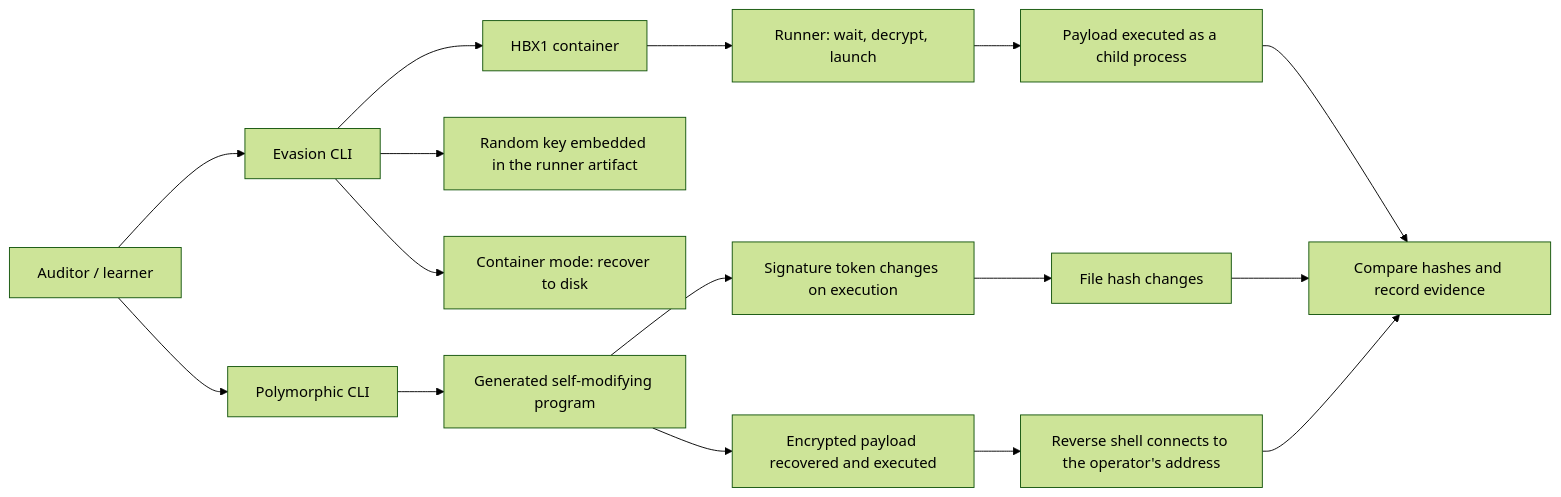
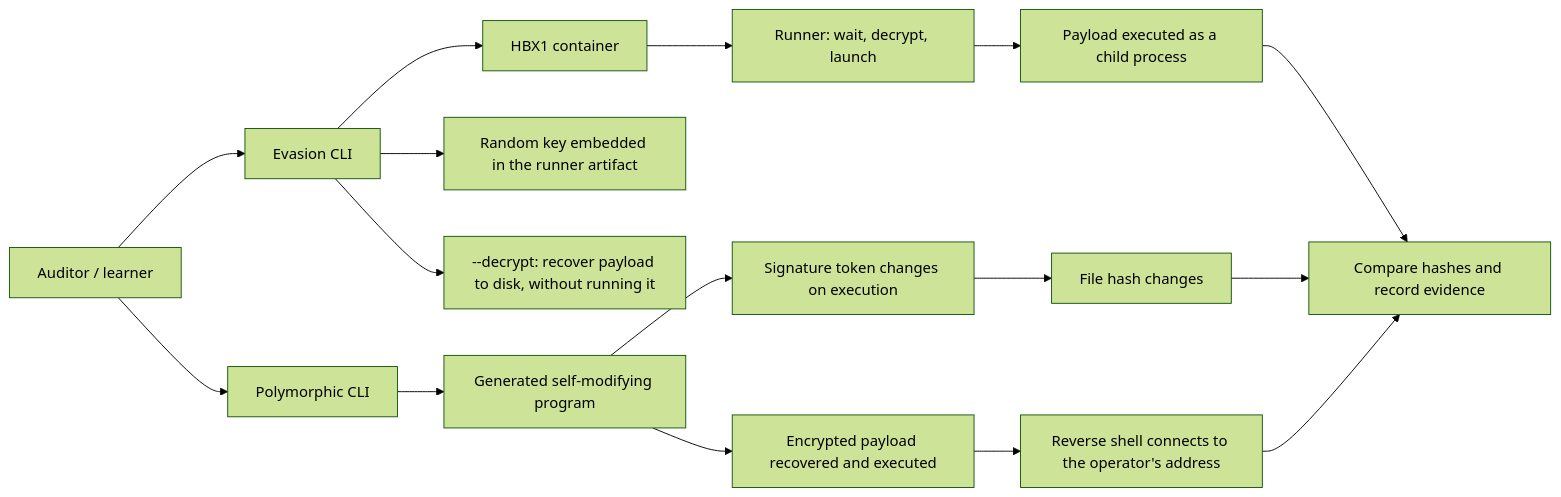
The eighth of 8 diagrams in README.md (fahdaguenouz/hidden-bytes), drawn with Mermaid (forest theme) before and after one commit. The commit also changed other lines of this file, not shown here.

````diff
--- a/README.md
+++ b/README.md
@@ -1271,18 +1319,18 @@
 ```mermaid
 flowchart LR
     U[Auditor / learner] --> E[Evasion CLI]
     U --> P[Polymorphic CLI]
     E --> H[HBX1 container]
     E --> K[Random key embedded in the runner artifact]
     H --> R[Runner: wait, decrypt, launch]
     R --> O[Payload executed as a child process]
-    E --> R2[Container mode: recover to disk]
+    E --> R2[--decrypt: recover payload to disk, without running it]
     P --> S[Generated self-modifying program]
     S --> V[Signature token changes on execution]
     V --> X[File hash changes]
     S --> Y[Encrypted payload recovered and executed]
     Y --> Z[Reverse shell connects to the operator's address]
     O --> D[Compare hashes and record evidence]
     X --> D
     Z --> D
 ```
````
